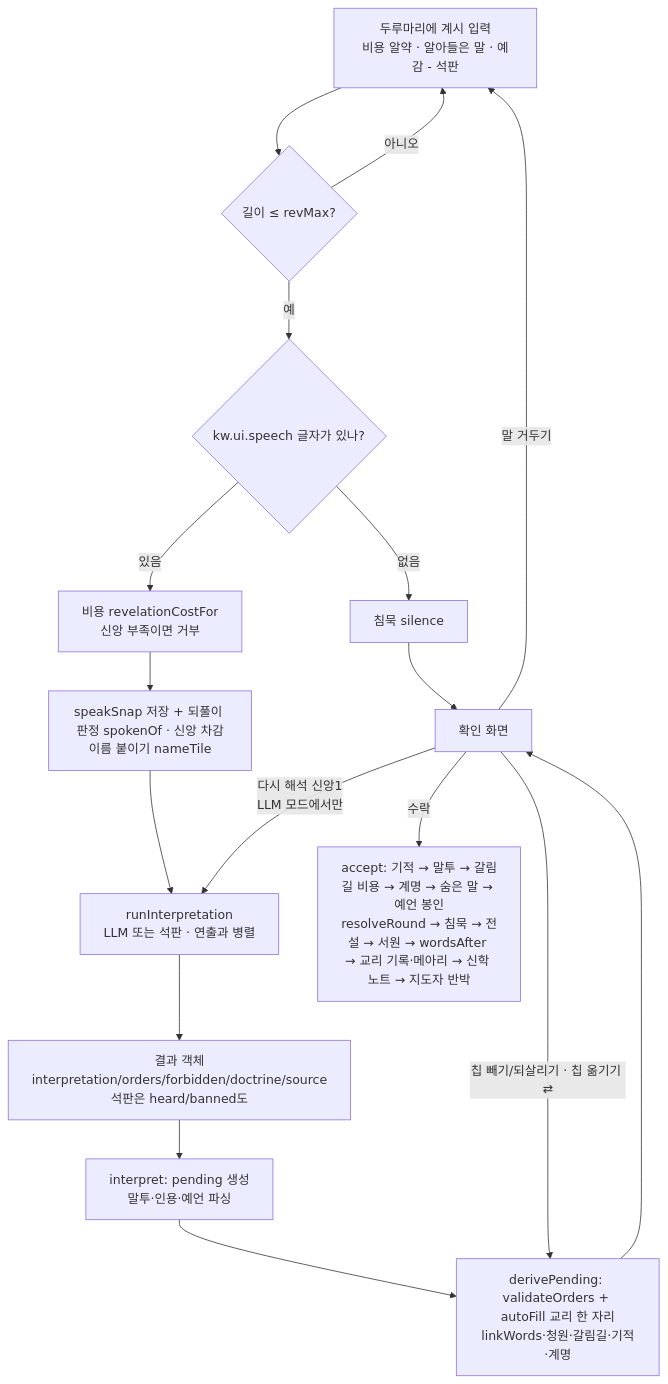
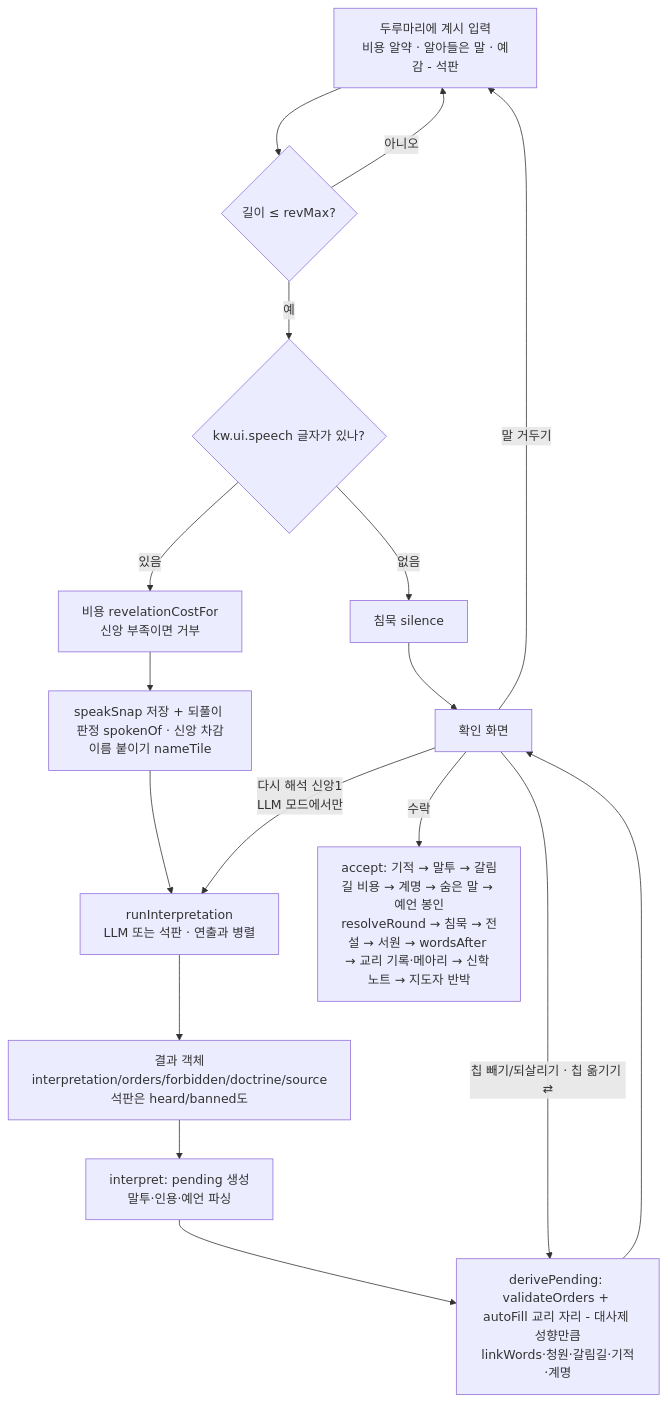
Before and after one commit to wisebear-KOR/GSG_Project: the diagram in docs/spec/05-interpreter.md, drawn with Mermaid. The commit also changed other lines of this file and 11 other files, not shown here.

````diff
--- a/docs/spec/05-interpreter.md
+++ b/docs/spec/05-interpreter.md
@@ -28,19 +28,19 @@
 ```mermaid
 flowchart TD
   A[두루마리에 계시 입력<br/>비용 알약 · 알아들은 말 · 예감 - 석판] --> B{길이 ≤ revMax?}
   B -- 아니오 --> A
   B -- 예 --> C{kw.ui.speech 글자가 있나?}
   C -- 없음 --> S[침묵 silence]
   C -- 있음 --> D[비용 revelationCostFor<br/>신앙 부족이면 거부]
   D --> E[speakSnap 저장 + 되풀이 판정 spokenOf · 신앙 차감<br/>이름 붙이기 nameTile]
   E --> F[runInterpretation<br/>LLM 또는 석판 · 연출과 병렬]
   F --> G[결과 객체<br/>interpretation/orders/forbidden/doctrine/source<br/>석판은 heard/banned도]
   G --> H[interpret: pending 생성<br/>말투·인용·예언 파싱]
-  H --> I[derivePending: validateOrders + autoFill 교리 한 자리<br/>linkWords·청원·갈림길·기적·계명]
+  H --> I[derivePending: validateOrders + autoFill 교리 자리 - 대사제 성향만큼<br/>linkWords·청원·갈림길·기적·계명]
   I --> J[확인 화면]
   J -- 칩 빼기/되살리기 · 칩 옮기기 ⇄ --> I
   J -- 다시 해석 신앙1<br/>LLM 모드에서만 --> F
   J -- 말 거두기 --> A
   J -- 수락 --> K[accept: 기적 → 말투 → 갈림길 비용 → 계명 → 숨은 말 → 예언 봉인<br/>resolveRound → 침묵 → 전설 → 서원 → wordsAfter → 교리 기록·메아리 → 신학 노트 → 지도자 반박]
   S --> J
 ```
````
